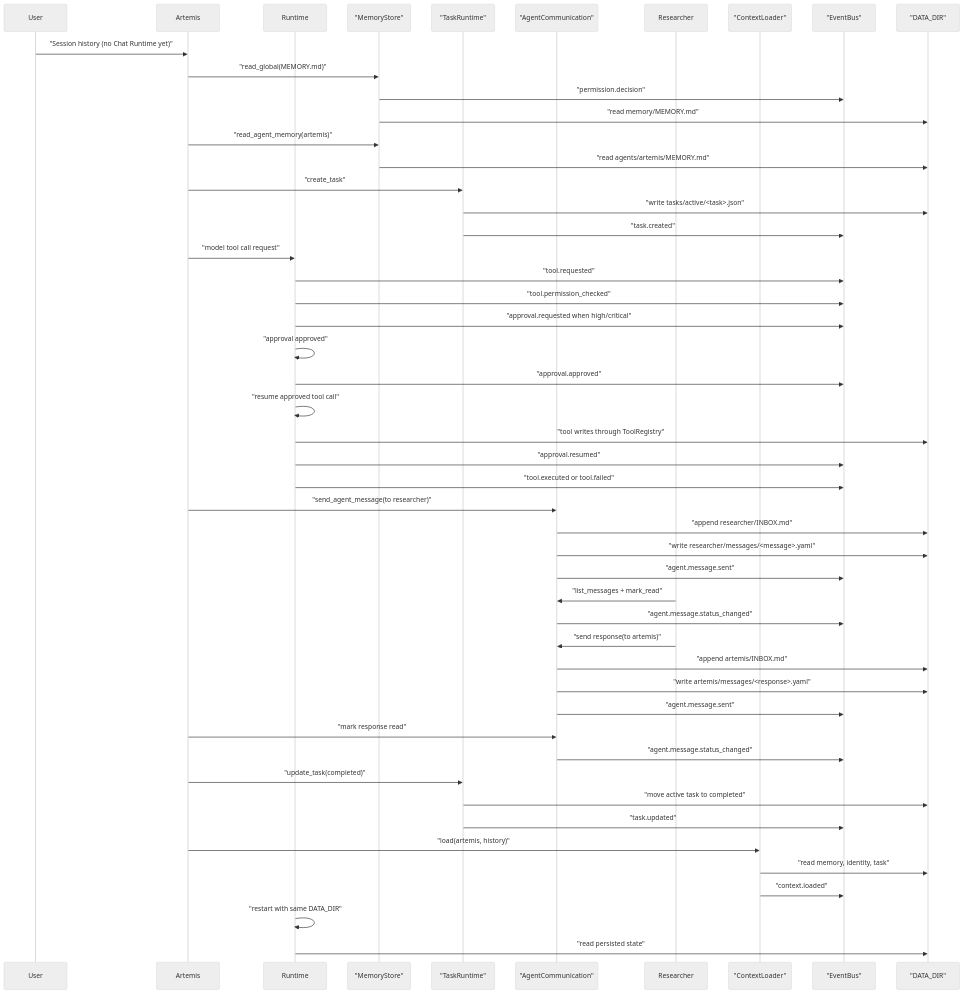
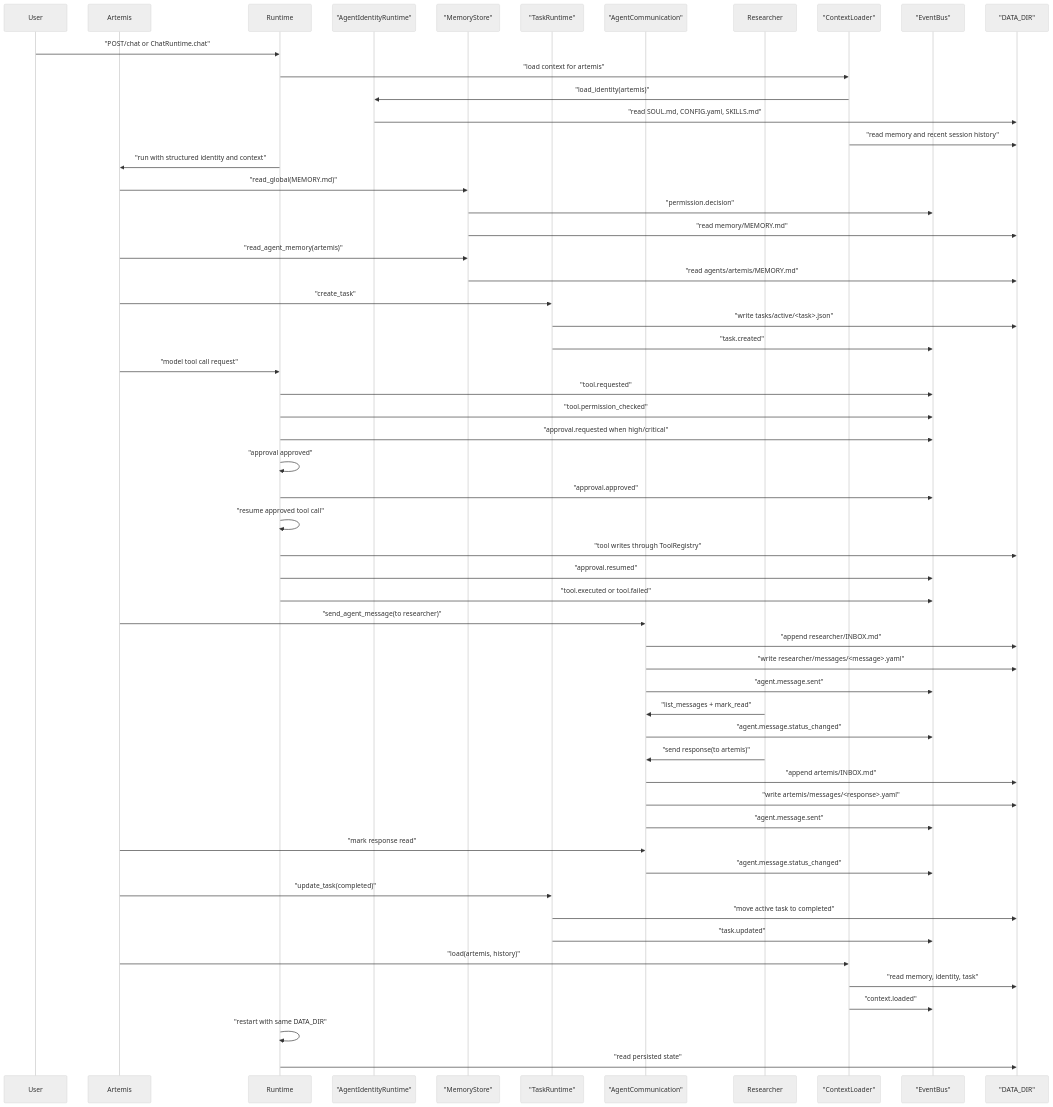
One commit to xDynamo01/Synapse changed the diagram in docs/validation/runtime-walkthrough.md. Above: the diagram before and after it, drawn with Mermaid (neutral theme). The commit also changed other lines of this file and 38 other files, not shown here.

Commit message:
feat: add agent identity runtime

````diff
--- a/docs/validation/runtime-walkthrough.md
+++ b/docs/validation/runtime-walkthrough.md
@@ -679,53 +687,59 @@
 ```mermaid
 sequenceDiagram
     participant User
     participant Artemis
     participant Runtime
+    participant Identity as "AgentIdentityRuntime"
     participant Memory as "MemoryStore"
     participant Tasks as "TaskRuntime"
     participant A2A as "AgentCommunication"
     participant Researcher
     participant Context as "ContextLoader"
     participant Events as "EventBus"
     participant Files as "DATA_DIR"
 
-    User->>Artemis: "Session history (no Chat Runtime yet)"
+    User->>Runtime: "POST/chat or ChatRuntime.chat"
+    Runtime->>Context: "load context for artemis"
+    Context->>Identity: "load_identity(artemis)"
+    Identity->>Files: "read SOUL.md, CONFIG.yaml, SKILLS.md"
+    Context->>Files: "read memory and recent session history"
+    Runtime->>Artemis: "run with structured identity and context"
     Artemis->>Memory: "read_global(MEMORY.md)"
     Memory->>Events: "permission.decision"
     Memory->>Files: "read memory/MEMORY.md"
     Artemis->>Memory: "read_agent_memory(artemis)"
     Memory->>Files: "read agents/artemis/MEMORY.md"
     Artemis->>Tasks: "create_task"
     Tasks->>Files: "write tasks/active/<task>.json"
     Tasks->>Events: "task.created"
     Artemis->>Runtime: "model tool call request"
     Runtime->>Events: "tool.requested"
     Runtime->>Events: "tool.permission_checked"
     Runtime->>Events: "approval.requested when high/critical"
     Runtime->>Runtime: "approval approved"
     Runtime->>Events: "approval.approved"
     Runtime->>Runtime: "resume approved tool call"
     Runtime->>Files: "tool writes through ToolRegistry"
     Runtime->>Events: "approval.resumed"
     Runtime->>Events: "tool.executed or tool.failed"
     Artemis->>A2A: "send_agent_message(to researcher)"
     A2A->>Files: "append researcher/INBOX.md"
     A2A->>Files: "write researcher/messages/<message>.yaml"
     A2A->>Events: "agent.message.sent"
     Researcher->>A2A: "list_messages + mark_read"
     A2A->>Events: "agent.message.status_changed"
     Researcher->>A2A: "send response(to artemis)"
     A2A->>Files: "append artemis/INBOX.md"
     A2A->>Files: "write artemis/messages/<response>.yaml"
     A2A->>Events: "agent.message.sent"
     Artemis->>A2A: "mark response read"
     A2A->>Events: "agent.message.status_changed"
     Artemis->>Tasks: "update_task(completed)"
     Tasks->>Files: "move active task to completed"
     Tasks->>Events: "task.updated"
     Artemis->>Context: "load(artemis, history)"
     Context->>Files: "read memory, identity, task"
     Context->>Events: "context.loaded"
     Runtime->>Runtime: "restart with same DATA_DIR"
     Runtime->>Files: "read persisted state"
 ```
````
